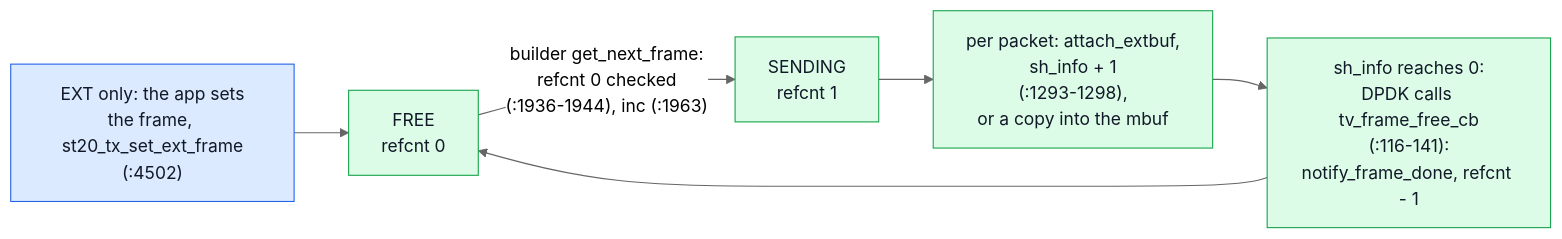
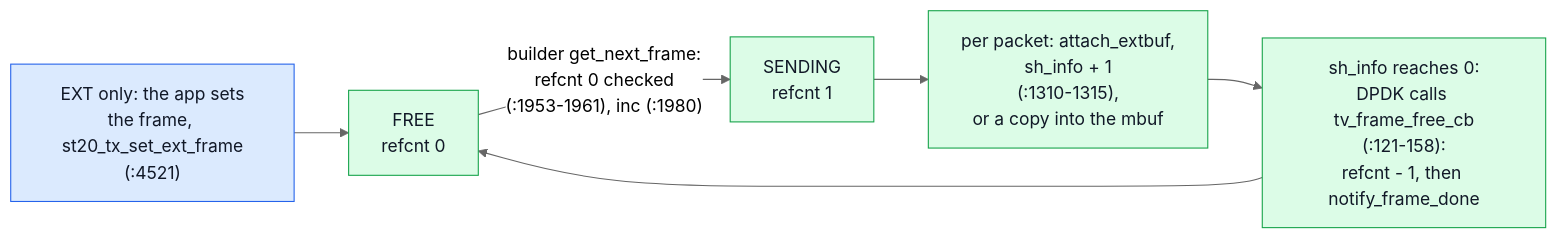
One commit to Sakoram/Media-Transport-Library changed the fifth of 9 diagrams in doc/unified-api/legacy-internals.md. Above: the diagram before and after it, drawn with Mermaid (neutral theme). The commit also changed other lines of this file and 14 other files, not shown here.

````diff
--- a/doc/unified-api/legacy-internals.md
+++ b/doc/unified-api/legacy-internals.md
@@ -1069,12 +1086,12 @@
 ```mermaid
 flowchart LR
-    E["EXT only: the app sets<br/>the frame, st20_tx_set_ext_frame<br/>(:4502)"] --> F["FREE<br/>refcnt 0"]
-    F -->|"builder get_next_frame:<br/>refcnt 0 checked<br/>(:1936-1944), inc (:1963)"| S["SENDING<br/>refcnt 1"]
-    S --> P["per packet: attach_extbuf,<br/>sh_info + 1<br/>(:1293-1298),<br/>or a copy into the mbuf"]
-    P --> CB["sh_info reaches 0:<br/>DPDK calls tv_frame_free_cb<br/>(:116-141):<br/>notify_frame_done, refcnt - 1"]
+    E["EXT only: the app sets<br/>the frame, st20_tx_set_ext_frame<br/>(:4521)"] --> F["FREE<br/>refcnt 0"]
+    F -->|"builder get_next_frame:<br/>refcnt 0 checked<br/>(:1953-1961), inc (:1980)"| S["SENDING<br/>refcnt 1"]
+    S --> P["per packet: attach_extbuf,<br/>sh_info + 1<br/>(:1310-1315),<br/>or a copy into the mbuf"]
+    P --> CB["sh_info reaches 0:<br/>DPDK calls tv_frame_free_cb<br/>(:121-158):<br/>refcnt - 1, then notify_frame_done"]
     CB --> F
     classDef app fill:#dbeafe,stroke:#2563eb,color:#111827
     classDef mtl fill:#dcfce7,stroke:#16a34a,color:#111827
     class E app
     class F,S,P,CB mtl
 ```
````
